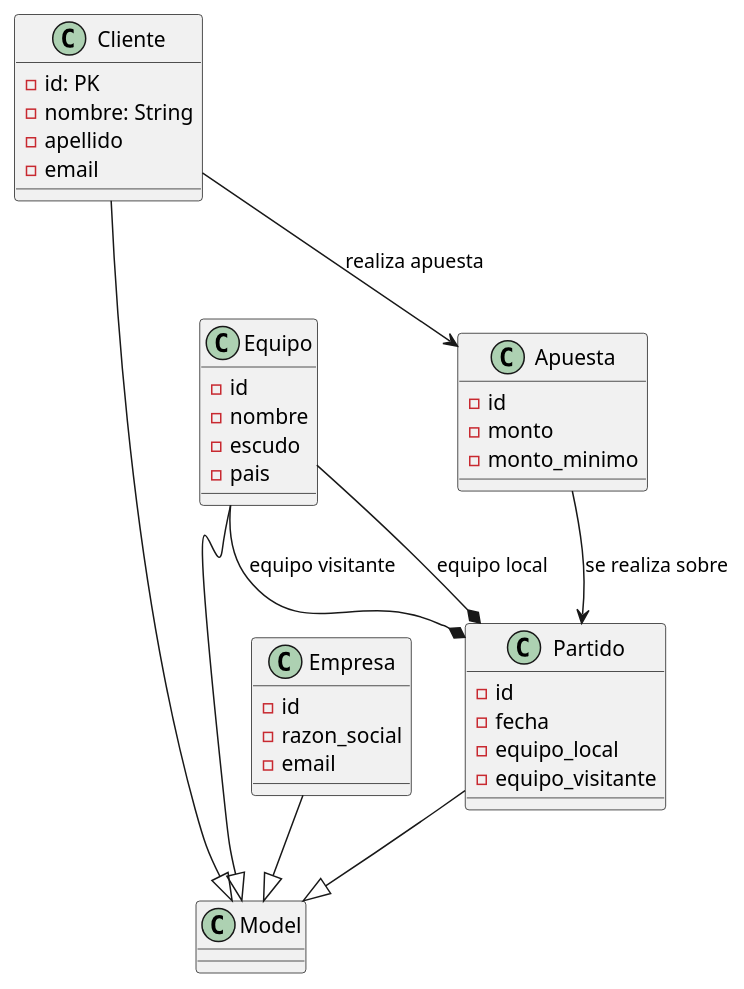
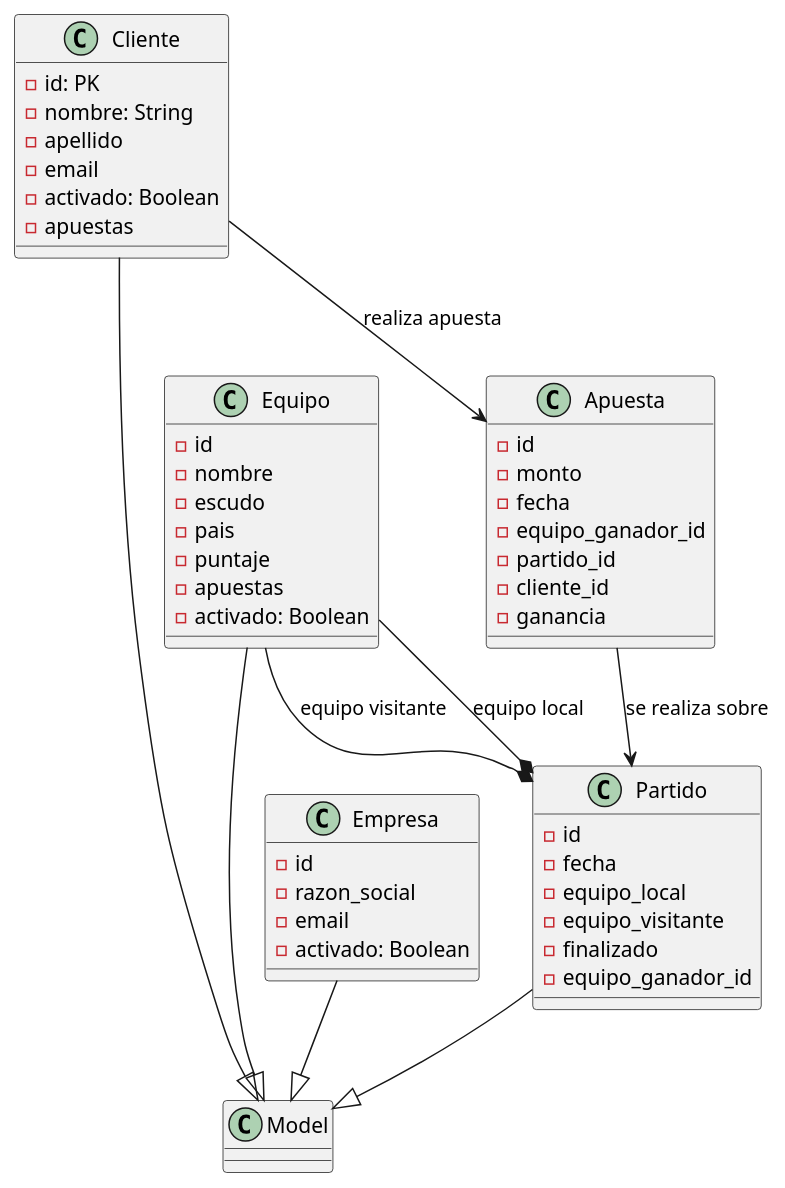
Before and after one commit to GastonFenske/Bookmaker-DS: the diagram in docs/diagrama_de_clases.puml, drawn with PlantUML. The commit also changed other lines of this file and 4043 other files, not shown here.

Commit message:
avances en los diagramas

```diff
--- a/docs/diagrama_de_clases.puml
+++ b/docs/diagrama_de_clases.puml
@@ -1,48 +1,60 @@
 @startuml
 class Cliente {
     - id: PK
     - nombre: String
     - apellido
     - email 
+    - activado: Boolean
+    - apuestas
 }
 
 class Empresa {
     - id
     - razon_social
     - email
+    - activado: Boolean
 }
 
 class Equipo {
     - id
     - nombre
     - escudo
     - pais 
+    - puntaje 
+    - apuestas
+    - activado: Boolean
 }
 
 class Apuesta {
     - id 
     - monto
-    - monto_minimo
+    - fecha
+    - equipo_ganador_id
+    - partido_id
+    - cliente_id
+    - ganancia 
 }
 
 class Partido {
     - id
     - fecha 
     - equipo_local
     - equipo_visitante
+    - finalizado 
+    - equipo_ganador_id
 }
 
 Equipo --* Partido: equipo local
 Equipo --* Partido: equipo visitante
 
 Cliente --> Apuesta: realiza apuesta
 
 Cliente --|> Model
 Empresa --|> Model
 Partido --|> Model
 Equipo --|> Model
 
 Apuesta --> Partido: se realiza sobre
 
 
 @enduml
```
